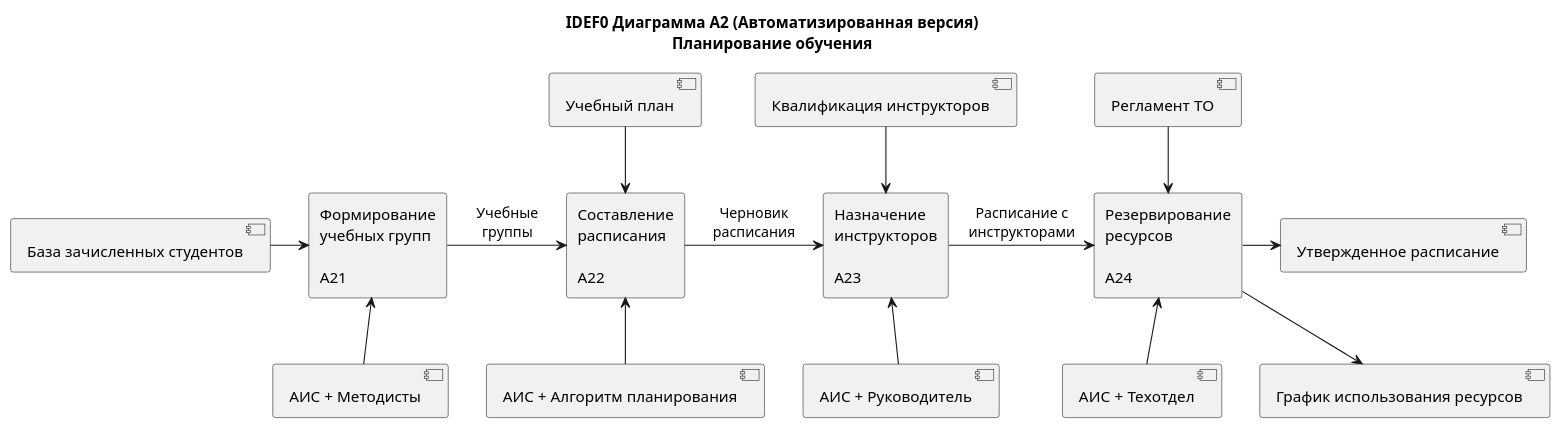
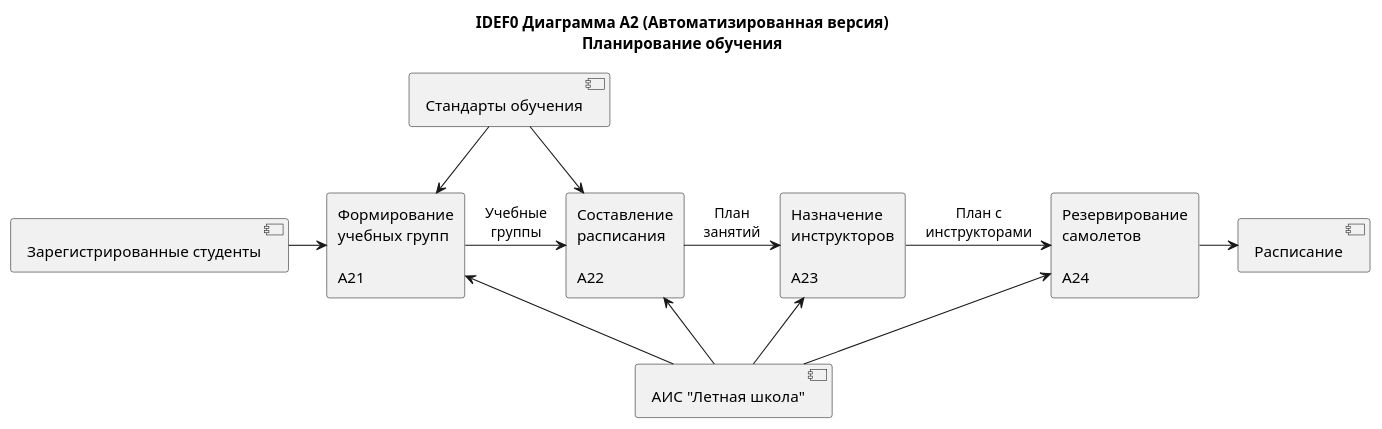
The diagram in diagrams/idef0/automated/A2_planning.puml (oINCLUDEo/Coursework2), drawn with PlantUML before and after one commit. The commit also changed 9 other files, not shown here.

Commit message:
Fix IDEF0 consistency: all elements in child diagrams now come from parent level

```diff
--- a/diagrams/idef0/automated/A2_planning.puml
+++ b/diagrams/idef0/automated/A2_planning.puml
@@ -1,33 +1,31 @@
 @startuml A2 Планирование обучения (Автоматизированная)
 
 title IDEF0 Диаграмма A2 (Автоматизированная версия)\nПланирование обучения
 
 rectangle "Формирование\nучебных групп\n\nA21" as A21
 rectangle "Составление\nрасписания\n\nA22" as A22
 rectangle "Назначение\nинструкторов\n\nA23" as A23
-rectangle "Резервирование\nресурсов\n\nA24" as A24
+rectangle "Резервирование\nсамолетов\n\nA24" as A24
 
-' Входы - максимум 3
-[База зачисленных студентов] -right-> A21
+' Входы - внутренний поток от A1
+[Зарегистрированные студенты] -right-> A21
 
 ' Потоки между процессами
 A21 -right-> A22 : Учебные\nгруппы
-A22 -right-> A23 : Черновик\nрасписания
-A23 -right-> A24 : Расписание с\nинструкторами
+A22 -right-> A23 : План\nзанятий
+A23 -right-> A24 : План с\nинструкторами
 
-' Управление - максимум 4
-[Учебный план] -down-> A22
-[Квалификация инструкторов] -down-> A23
-[Регламент ТО] -down-> A24
+' Управление - те же что в A0 для процесса A2
+[Стандарты обучения] -down-> A21
+[Стандарты обучения] -down-> A22
 
-' Выходы - максимум 4
-A24 -right-> [Утвержденное расписание]
-A24 -down-> [График использования ресурсов]
+' Выходы - внутренний поток к A3
+A24 -right-> [Расписание]
 
-' Механизмы - максимум 5
-[АИС + Методисты] -up-> A21
-[АИС + Алгоритм планирования] -up-> A22
-[АИС + Руководитель] -up-> A23
-[АИС + Техотдел] -up-> A24
+' Механизмы - те же что в A0 для процесса A2
+[АИС "Летная школа"] -up-> A21
+[АИС "Летная школа"] -up-> A22
+[АИС "Летная школа"] -up-> A23
+[АИС "Летная школа"] -up-> A24
 
 @enduml
```
